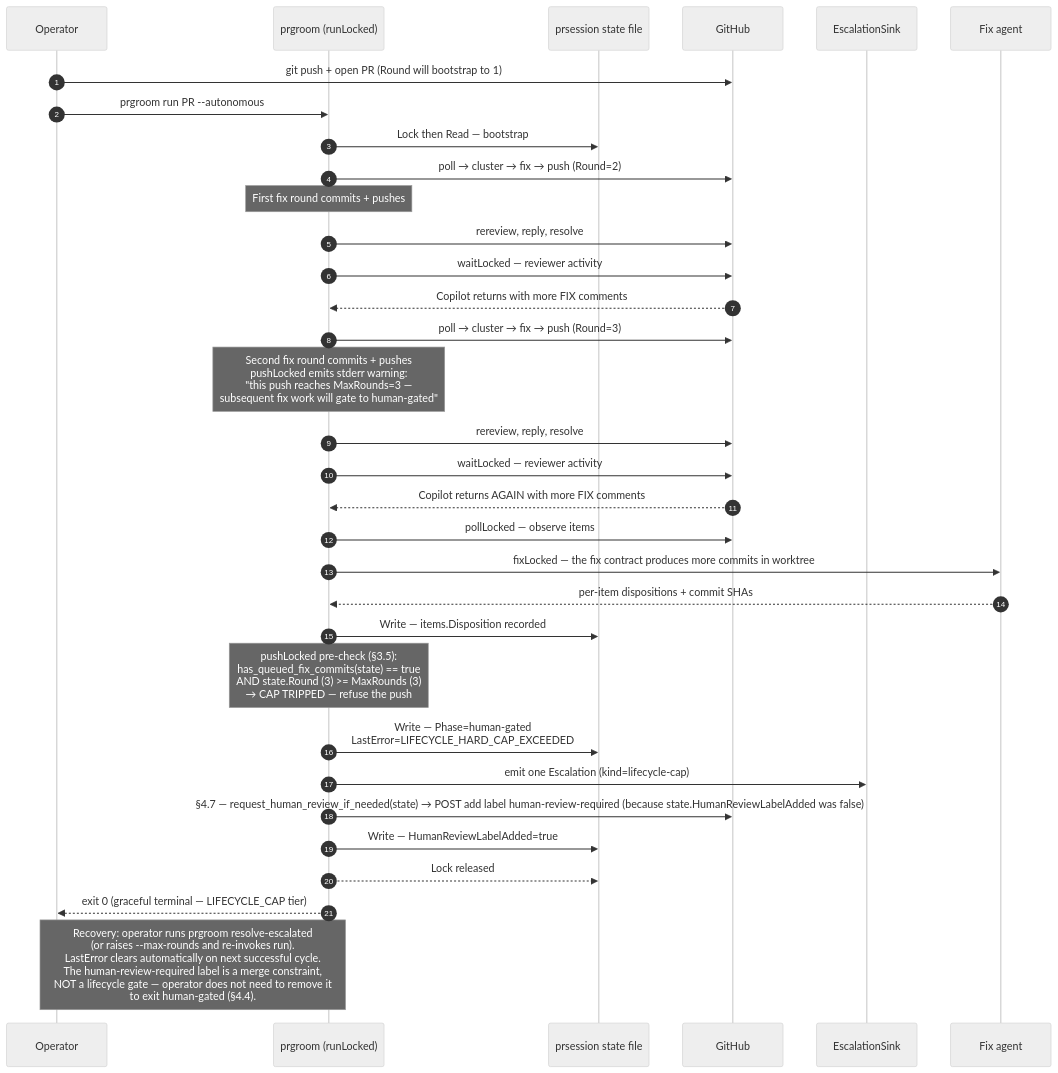
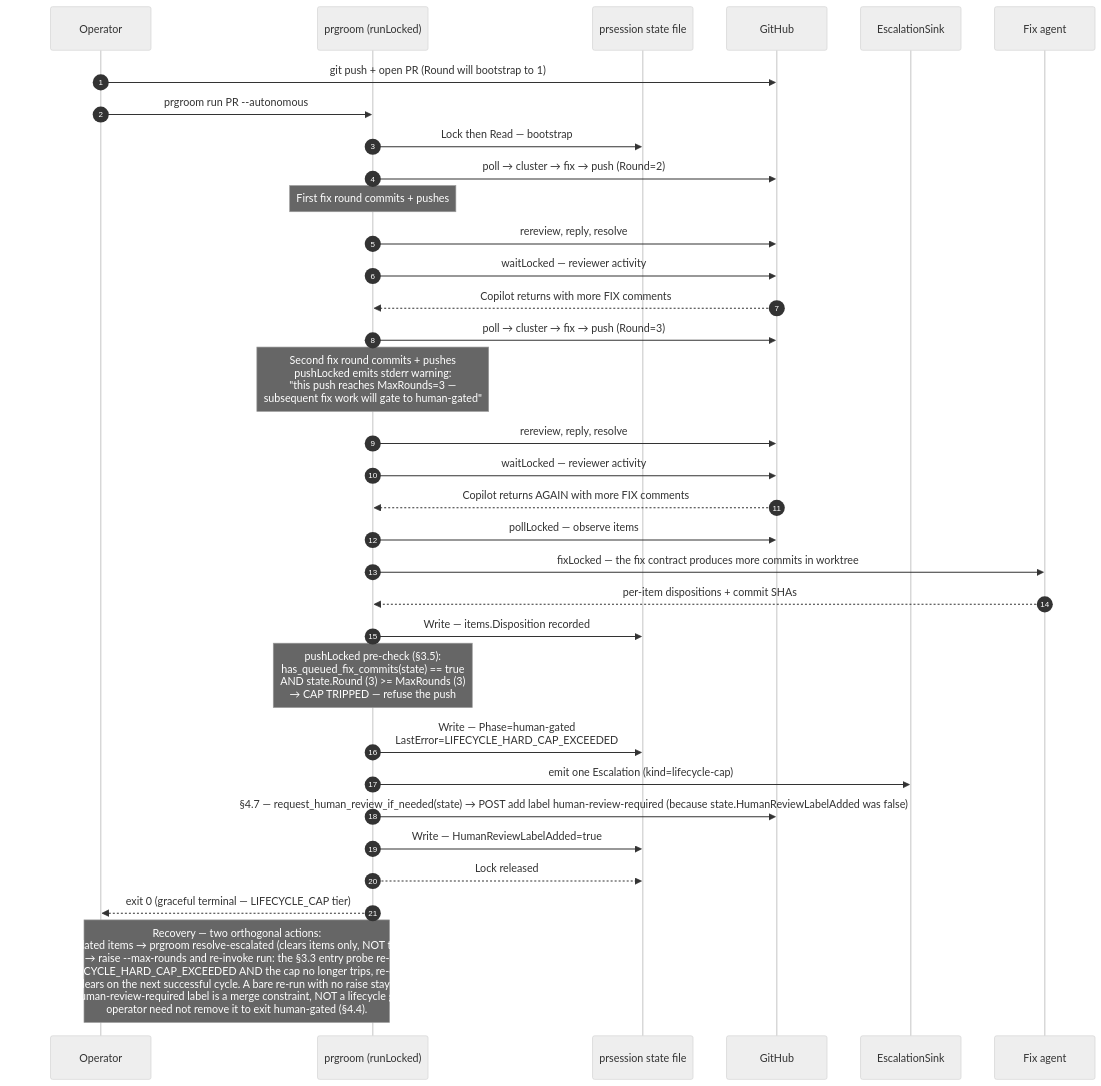
One commit to scotthamilton77/agents-config changed the third of 4 diagrams in docs/architecture/prgroom/sequences.md. Above: the diagram before and after it, drawn with Mermaid (neutral theme). The commit also changed 5 other files, not shown here.

First line of the commit message:
docs(fca6.13): prgroom cap re-arm — fix human-gated recovery deadlock (#115)

````diff
--- a/docs/architecture/prgroom/sequences.md
+++ b/docs/architecture/prgroom/sequences.md
@@ -163,42 +163,42 @@
 ```mermaid
 sequenceDiagram
     autonumber
     participant Op as Operator
     participant PG as prgroom (runLocked)
     participant State as prsession state file
     participant GH as GitHub
     participant Sink as EscalationSink
     participant Fix as Fix agent
 
     Op->>GH: git push + open PR (Round will bootstrap to 1)
     Op->>PG: prgroom run PR --autonomous
 
     PG->>State: Lock then Read — bootstrap
     PG->>GH: poll → cluster → fix → push (Round=2)
     Note over PG: First fix round commits + pushes
     PG->>GH: rereview, reply, resolve
     PG->>GH: waitLocked — reviewer activity
 
     GH-->>PG: Copilot returns with more FIX comments
     PG->>GH: poll → cluster → fix → push (Round=3)
     Note over PG: Second fix round commits + pushes<br/>pushLocked emits stderr warning:<br/>"this push reaches MaxRounds=3 —<br/>subsequent fix work will gate to human-gated"
     PG->>GH: rereview, reply, resolve
     PG->>GH: waitLocked — reviewer activity
 
     GH-->>PG: Copilot returns AGAIN with more FIX comments
     PG->>GH: pollLocked — observe items
     PG->>Fix: fixLocked — the fix contract produces more commits in worktree
     Fix-->>PG: per-item dispositions + commit SHAs
     PG->>State: Write — items.Disposition recorded
 
     Note over PG: pushLocked pre-check (§3.5):<br/>has_queued_fix_commits(state) == true<br/>AND state.Round (3) >= MaxRounds (3)<br/>→ CAP TRIPPED — refuse the push
 
     PG->>State: Write — Phase=human-gated<br/>LastError=LIFECYCLE_HARD_CAP_EXCEEDED
     PG->>Sink: emit one Escalation (kind=lifecycle-cap)
     PG->>GH: §4.7 — request_human_review_if_needed(state) → POST add label human-review-required (because state.HumanReviewLabelAdded was false)
     PG->>State: Write — HumanReviewLabelAdded=true
     PG-->>State: Lock released
     PG-->>Op: exit 0 (graceful terminal — LIFECYCLE_CAP tier)
 
-    Note over Op,PG: Recovery: operator runs prgroom resolve-escalated<br/>(or raises --max-rounds and re-invokes run).<br/>LastError clears automatically on next successful cycle.<br/>The human-review-required label is a merge constraint,<br/>NOT a lifecycle gate — operator does not need to remove it<br/>to exit human-gated (§4.4).
+    Note over Op,PG: Recovery — two orthogonal actions:<br/>(1) escalated items → prgroom resolve-escalated (clears items only, NOT the cap).<br/>(2) the cap → raise --max-rounds and re-invoke run: the §3.3 entry probe re-arms when<br/>LastError==LIFECYCLE_HARD_CAP_EXCEEDED AND the cap no longer trips, re-enters the cycle,<br/>and LastError clears on the next successful cycle. A bare re-run with no raise stays human-gated.<br/>The human-review-required label is a merge constraint, NOT a lifecycle gate —<br/>operator need not remove it to exit human-gated (§4.4).
 ```
````
